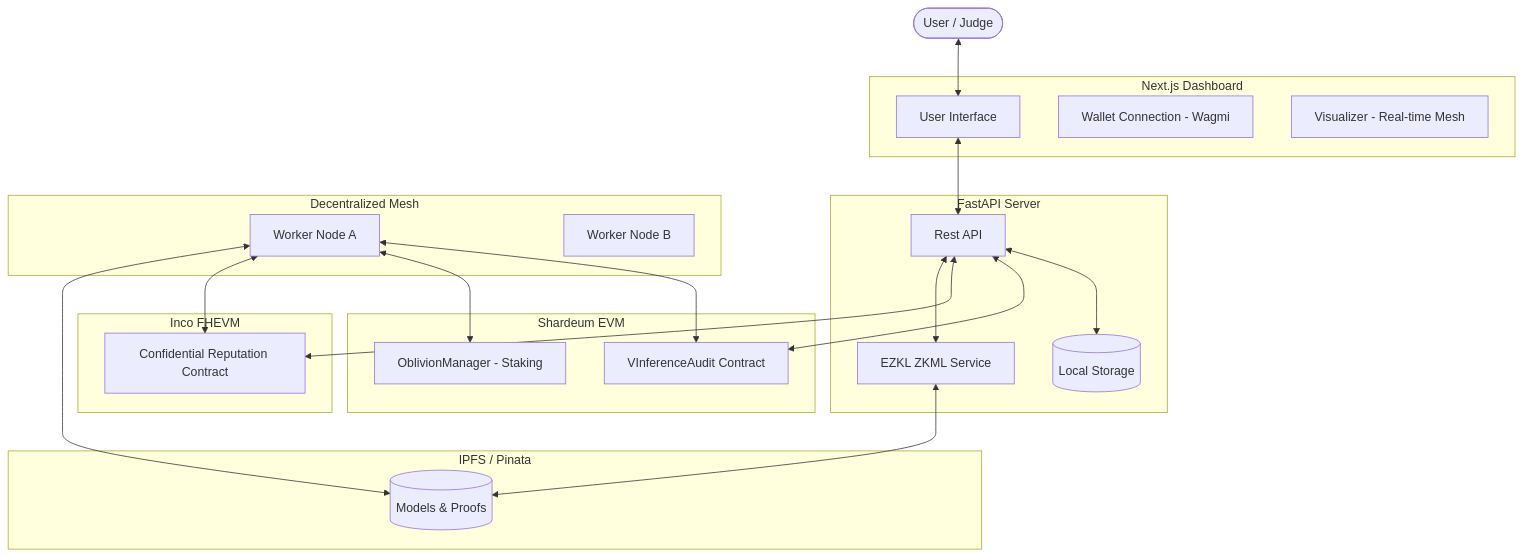
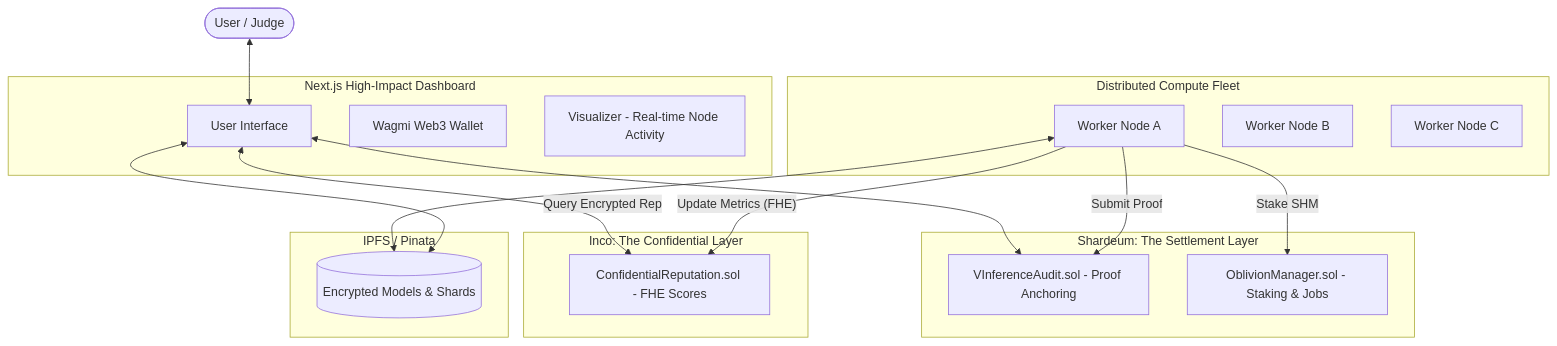
One commit to sanjaykumar-nb/Defy26 changed the diagram in README.md. Above: the diagram before and after it, drawn with Mermaid. The commit also changed other lines of this file, not shown here.

````diff
--- a/README.md
+++ b/README.md
@@ -30,52 +31,42 @@
 ```mermaid
 graph TD
     User([User / Judge])
     
-    subgraph Frontend [Next.js Dashboard]
+    subgraph Frontend [Next.js High-Impact Dashboard]
         UI[User Interface]
-        WC[Wallet Connection - Wagmi]
-        VI[Visualizer - Real-time Mesh]
+        WC[Wagmi Web3 Wallet]
+        VI[Visualizer - Real-time Node Activity]
     end
     
-    subgraph Backend [FastAPI Server]
-        API[Rest API]
-        DB[(Local Storage)]
-        EZ[EZKL ZKML Service]
+    subgraph Mesh [Distributed Compute Fleet]
+        W1[Worker Node A]
+        W2[Worker Node B]
+        W3[Worker Node C]
     end
     
-    subgraph Mesh [Decentralized Mesh]
-        W1[Worker Node A]
-        W2[Worker Node B]
-    end
-    
-    subgraph Blockchain_Shardeum [Shardeum EVM]
-        SC[VInferenceAudit Contract]
-        OM[OblivionManager - Staking]
+    subgraph Shardeum_Testnet [Shardeum: The Settlement Layer]
+        SC[VInferenceAudit.sol - Proof Anchoring]
+        OM[OblivionManager.sol - Staking & Jobs]
     end
 
-    subgraph Blockchain_Inco [Inco FHEVM]
-        REP[Confidential Reputation Contract]
+    subgraph Inco_FHEVM [Inco: The Confidential Layer]
+        REP[ConfidentialReputation.sol - FHE Scores]
     end
     
     subgraph Storage [IPFS / Pinata]
-        M[(Models & Proofs)]
+        M[(Encrypted Models & Shards)]
     end
 
     User <--> UI
-    UI <--> API
-    API <--> DB
+    UI <--> SC
+    UI <-- "Query Encrypted Rep" --> REP
     
-    %% Shardeum Roles
-    API <--> SC
-    W1 <--> SC
-    W1 <--> OM
+    %% Worker Flows
+    W1 -- "Submit Proof" --> SC
+    W1 -- "Stake SHM" --> OM
+    W1 -- "Update Metrics (FHE)" --> REP
     
-    %% Inco Roles
-    W1 <--> REP
-    API <--> REP
-    
-    %% Logic
-    API <--> EZ
-    EZ <--> M
+    %% Data Flows
     W1 <--> M
+    UI <--> M
 ```
````
